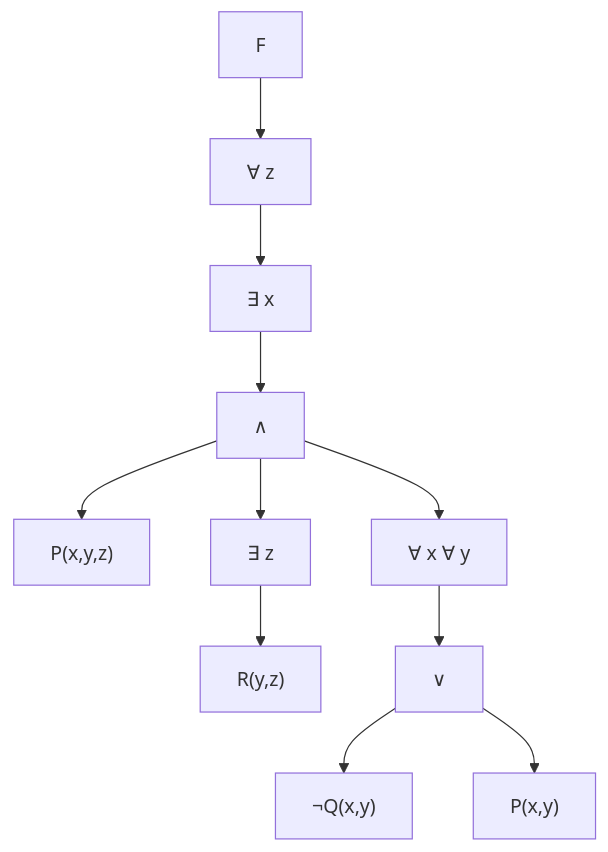
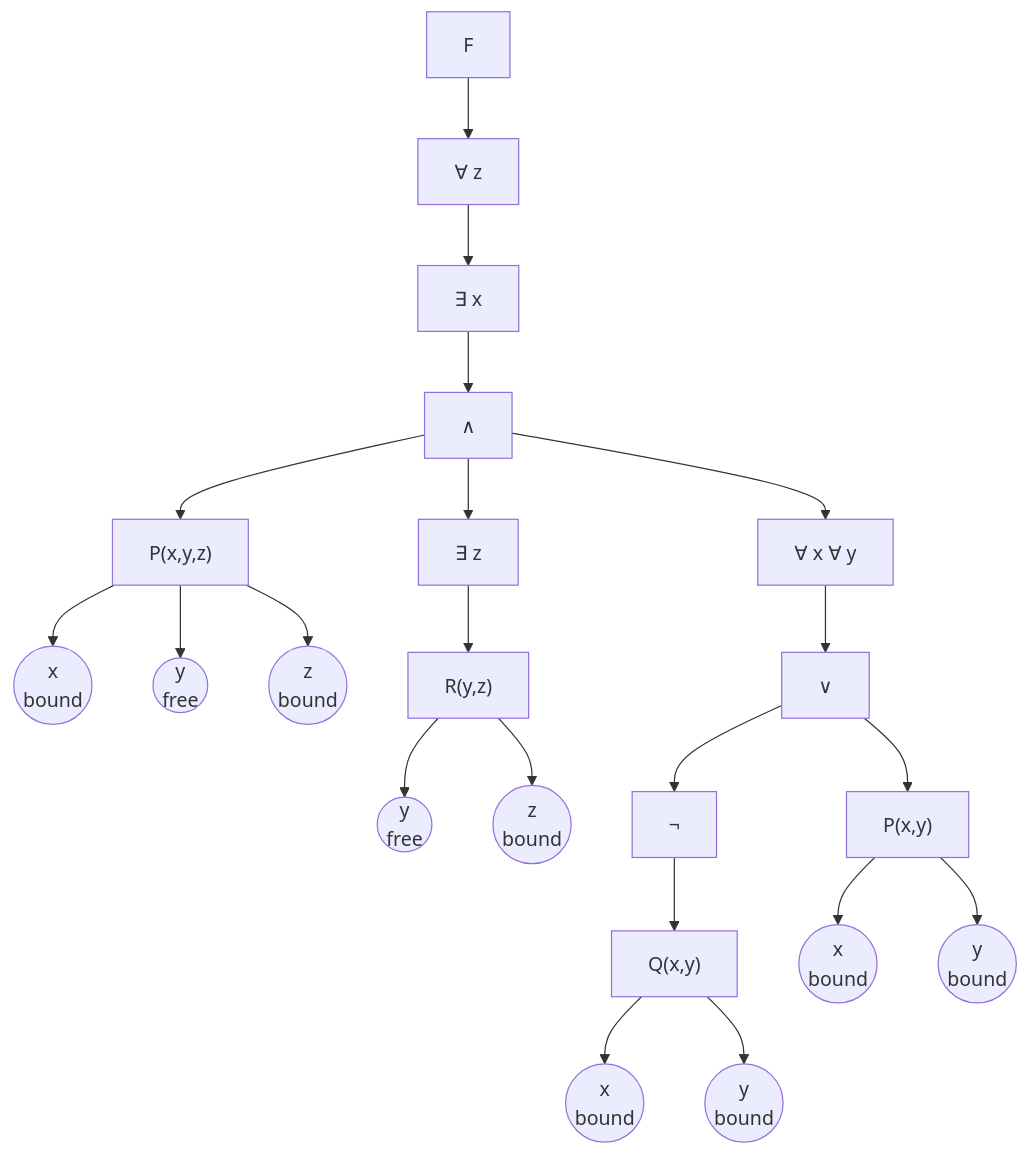
The diagram in _assignments/logic-for-computer-scientists/homework3/logic-homework3-solutions.md (sweeden-ttu/profile), drawn with Mermaid before and after one commit. The commit also changed other lines of this file, not shown here.

````diff
--- a/_assignments/logic-for-computer-scientists/homework3/logic-homework3-solutions.md
+++ b/_assignments/logic-for-computer-scientists/homework3/logic-homework3-solutions.md
@@ -32,13 +26,23 @@
 ```mermaid
 graph TD
   F["F"] --> Qz["∀ z"]
   Qz --> Qx["∃ x"]
   Qx --> Conj["∧"]
   Conj --> Pxyz["P(x,y,z)"]
+  Pxyz --> x1(("x<br/>bound"))
+  Pxyz --> y1(("y<br/>free"))
+  Pxyz --> z1(("z<br/>bound"))
   Conj --> Ez["∃ z"]
   Ez --> Ryz["R(y,z)"]
+  Ryz --> y2(("y<br/>free"))
+  Ryz --> z2(("z<br/>bound"))
   Conj --> AxAy["∀ x ∀ y"]
   AxAy --> Inner["∨"]
-  Inner --> NotQ["¬Q(x,y)"]
+  Inner --> NotQ["¬"]
+  NotQ --> Qxy["Q(x,y)"]
+  Qxy --> x2(("x<br/>bound"))
+  Qxy --> y3(("y<br/>bound"))
   Inner --> Pxy["P(x,y)"]
+  Pxy --> x3(("x<br/>bound"))
+  Pxy --> y4(("y<br/>bound"))
 ```
````
